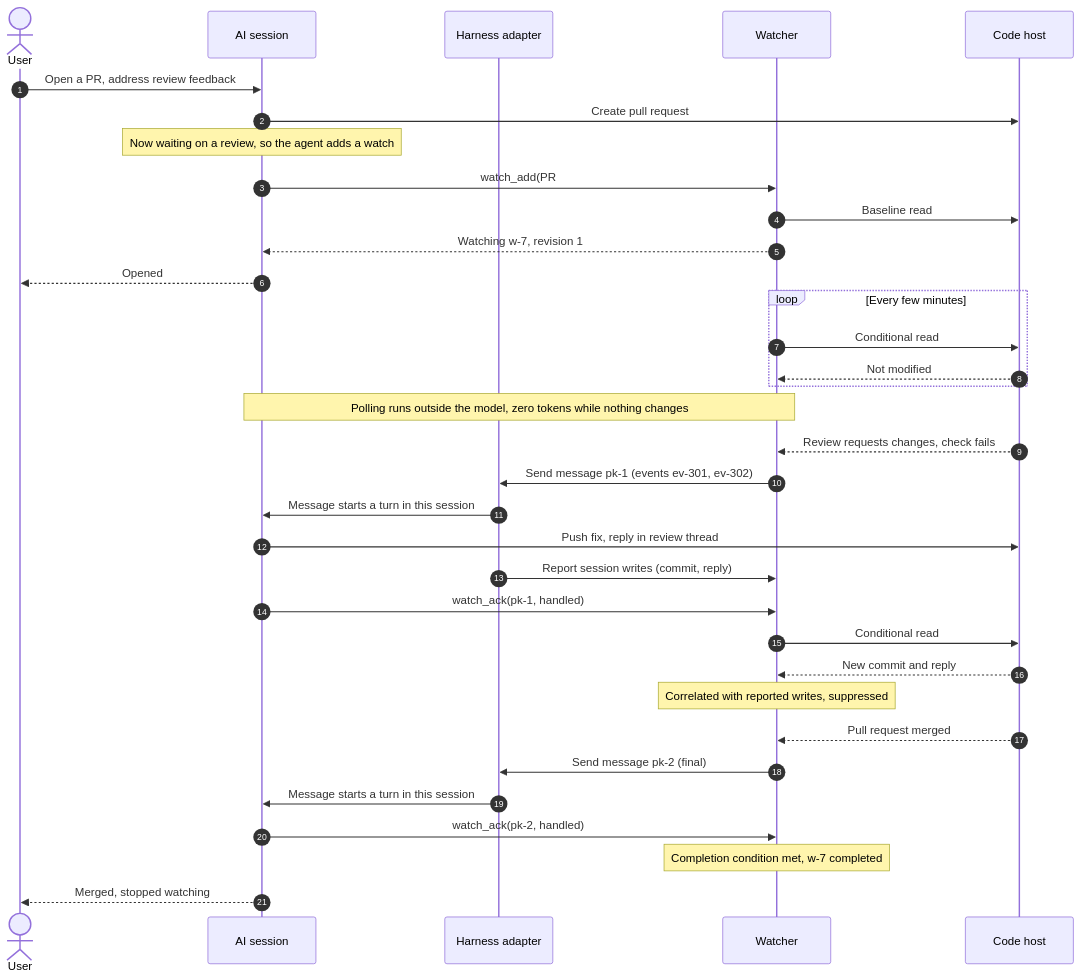
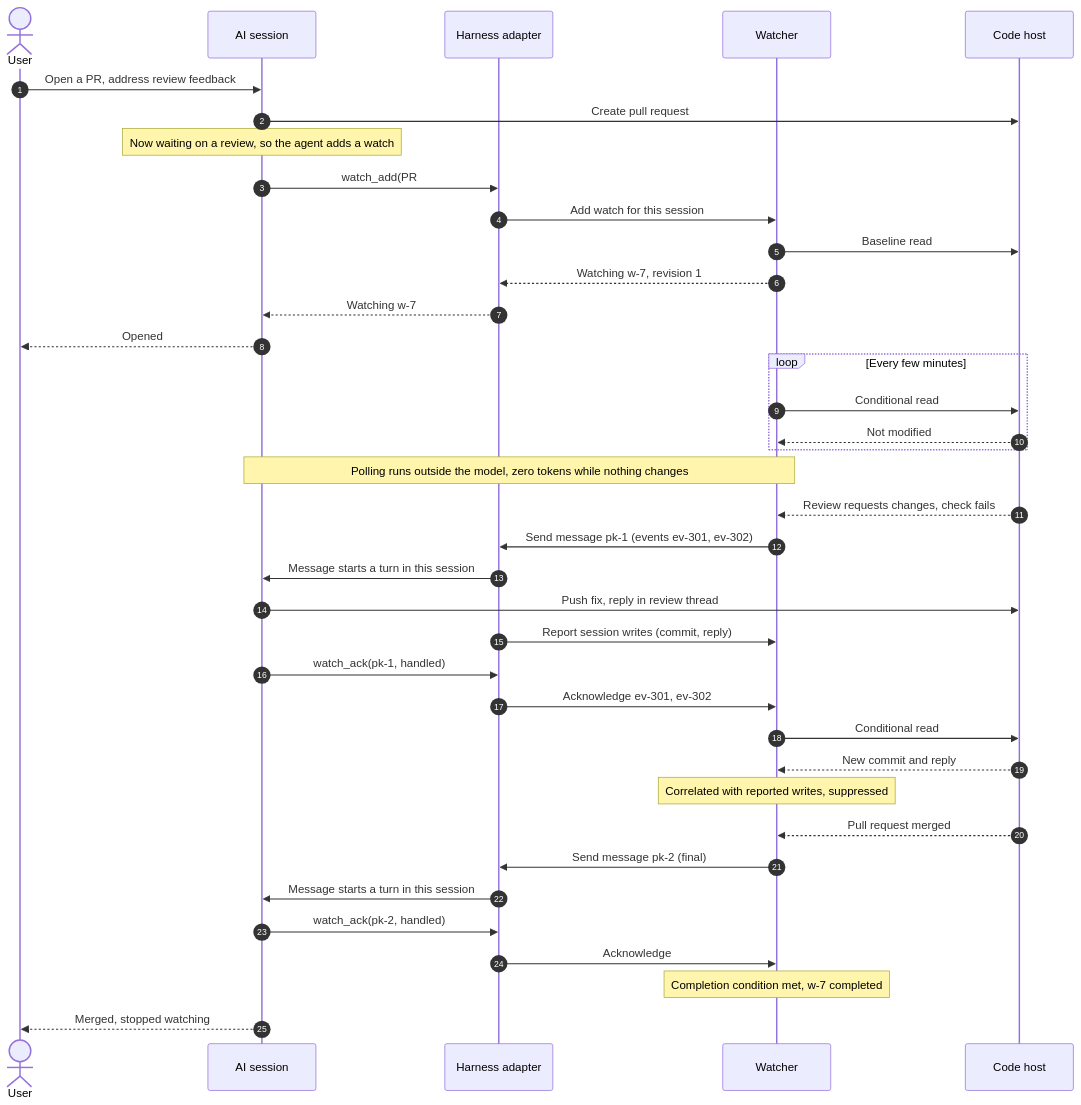
One commit to cschneider/session-source-watcher changed the diagram in docs/session-interaction.md. Above: the diagram before and after it, drawn with Mermaid. The commit also changed other lines of this file and 2 other files, not shown here.

Commit message:
docs: route tool calls through the adapter and tidy wording

````diff
--- a/docs/session-interaction.md
+++ b/docs/session-interaction.md
@@ -47,41 +47,45 @@
 ```mermaid
 sequenceDiagram
     autonumber
     actor U as User
     participant S as AI session
     participant H as Harness adapter
     participant W as Watcher
     participant G as Code host
 
     U->>S: Open a PR, address review feedback
     S->>G: Create pull request #42
     Note over S: Now waiting on a review, so the agent adds a watch
-    S->>W: watch_add(PR #42, reviews+checks+state, until merged, 7d)
+    S->>H: watch_add(PR #42, reviews+checks+state, until merged, 7d)
+    H->>W: Add watch for this session
     W->>G: Baseline read
-    W-->>S: Watching w-7, revision 1
+    W-->>H: Watching w-7, revision 1
+    H-->>S: Watching w-7
     S-->>U: Opened #42, watching reviews and checks
 
     loop Every few minutes
         W->>G: Conditional read
         G-->>W: Not modified
     end
     Note over S,W: Polling runs outside the model, zero tokens while nothing changes
 
     G-->>W: Review requests changes, check fails
     W->>H: Send message pk-1 (events ev-301, ev-302)
     H->>S: Message starts a turn in this session
     S->>G: Push fix, reply in review thread
     H->>W: Report session writes (commit, reply)
-    S->>W: watch_ack(pk-1, handled)
+    S->>H: watch_ack(pk-1, handled)
+    H->>W: Acknowledge ev-301, ev-302
 
     W->>G: Conditional read
     G-->>W: New commit and reply
     Note over W: Correlated with reported writes, suppressed
 
     G-->>W: Pull request merged
     W->>H: Send message pk-2 (final)
     H->>S: Message starts a turn in this session
-    S->>W: watch_ack(pk-2, handled)
+    S->>H: watch_ack(pk-2, handled)
+    H->>W: Acknowledge
     Note over W: Completion condition met, w-7 completed
     S-->>U: Merged, stopped watching
 ```
````
